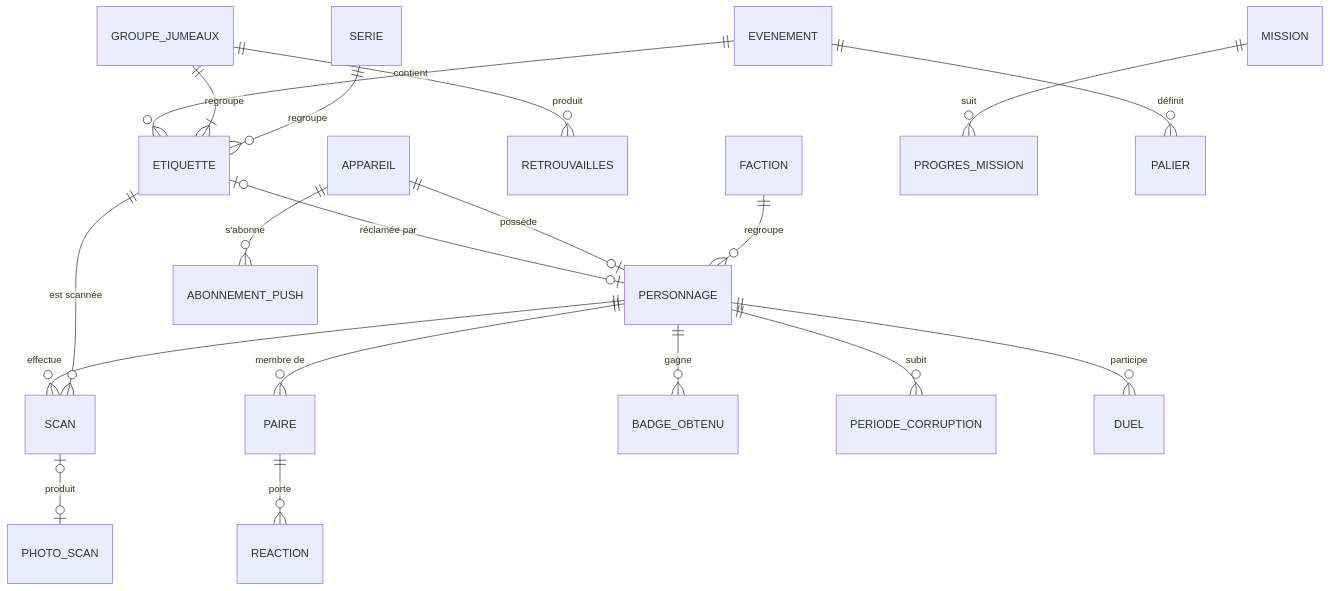
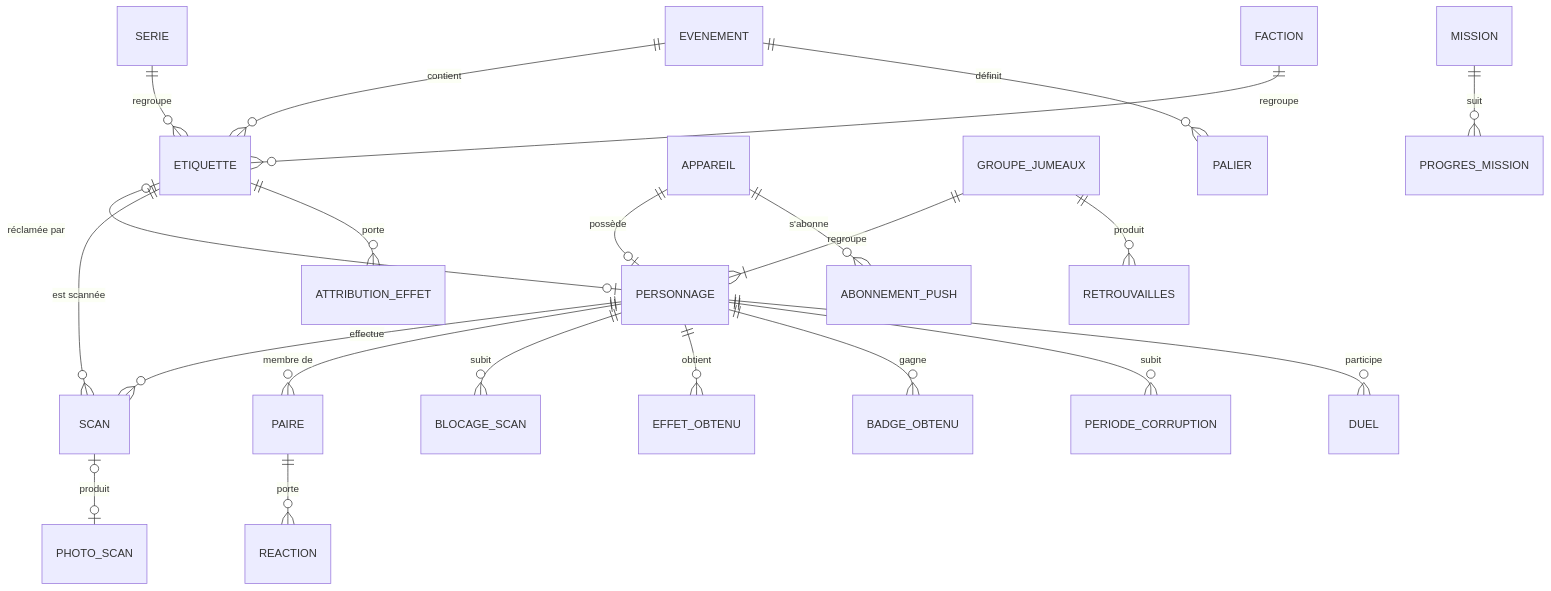
The first of 3 diagrams in specs/donnees.md (trash-anger/pandemonium2026), drawn with Mermaid before and after one commit. The commit also changed other lines of this file and 33 other files, not shown here.

````diff
--- a/specs/donnees.md
+++ b/specs/donnees.md
@@ -9,21 +9,24 @@
 ```mermaid
 erDiagram
     EVENEMENT ||--o{ ETIQUETTE : contient
     ETIQUETTE |o--o| PERSONNAGE : "réclamée par"
     APPAREIL ||--o| PERSONNAGE : possède
     PERSONNAGE ||--o{ SCAN : effectue
     ETIQUETTE ||--o{ SCAN : "est scannée"
     PERSONNAGE ||--o{ PAIRE : "membre de"
     PAIRE ||--o{ REACTION : porte
-    GROUPE_JUMEAUX ||--|{ ETIQUETTE : regroupe
+    GROUPE_JUMEAUX ||--|{ PERSONNAGE : regroupe
     GROUPE_JUMEAUX ||--o{ RETROUVAILLES : produit
     SERIE ||--o{ ETIQUETTE : regroupe
-    FACTION ||--o{ PERSONNAGE : regroupe
+    FACTION ||--o{ ETIQUETTE : regroupe
+    PERSONNAGE ||--o{ BLOCAGE_SCAN : subit
+    PERSONNAGE ||--o{ EFFET_OBTENU : obtient
+    ETIQUETTE ||--o{ ATTRIBUTION_EFFET : porte
     PERSONNAGE ||--o{ BADGE_OBTENU : gagne
     PERSONNAGE ||--o{ PERIODE_CORRUPTION : subit
     SCAN |o--o| PHOTO_SCAN : produit
     PERSONNAGE ||--o{ DUEL : participe
     MISSION ||--o{ PROGRES_MISSION : suit
     APPAREIL ||--o{ ABONNEMENT_PUSH : "s'abonne"
     EVENEMENT ||--o{ PALIER : définit
 ```
````
